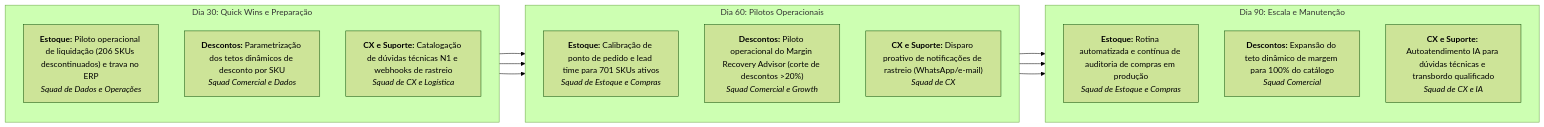
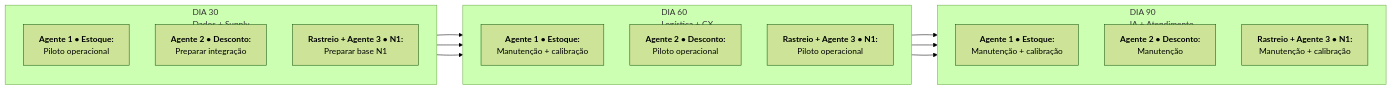
Before and after one commit to pedroaugusto04/EloGroup_Bootcamp: the second of 2 diagrams in docs/entregaveis/01_relatorio_diagnostico_estrategico.md, drawn with Mermaid (forest theme).

Commit message:
fix(docs): alinha texto do mermaid do roadmap estritamente ao conteudo visual de RoadMap.png

````diff
--- a/docs/entregaveis/01_relatorio_diagnostico_estrategico.md
+++ b/docs/entregaveis/01_relatorio_diagnostico_estrategico.md
@@ -89,27 +89,27 @@
 ```mermaid
 flowchart LR
-    subgraph D30["Dia 30: Quick Wins e Preparação"]
+    subgraph D30["DIA 30<br/>Dados + Supply"]
         direction TB
-        E1["<b>Estoque:</b> Piloto operacional de liquidação (206 SKUs descontinuados) e trava no ERP<br/><i>Squad de Dados e Operações</i>"]
-        D1["<b>Descontos:</b> Parametrização dos tetos dinâmicos de desconto por SKU<br/><i>Squad Comercial e Dados</i>"]
-        C1["<b>CX e Suporte:</b> Catalogação de dúvidas técnicas N1 e webhooks de rastreio<br/><i>Squad de CX e Logística</i>"]
+        A1_30["<b>Agente 1 • Estoque:</b><br/>Piloto operacional"]
+        A2_30["<b>Agente 2 • Desconto:</b><br/>Preparar integração"]
+        A3_30["<b>Rastreio + Agente 3 • N1:</b><br/>Preparar base N1"]
     end
 
-    subgraph D60["Dia 60: Pilotos Operacionais"]
+    subgraph D60["DIA 60<br/>Logística + CX"]
         direction TB
-        E2["<b>Estoque:</b> Calibração de ponto de pedido e lead time para 701 SKUs ativos<br/><i>Squad de Estoque e Compras</i>"]
-        D2["<b>Descontos:</b> Piloto operacional do Margin Recovery Advisor (corte de descontos >20%)<br/><i>Squad Comercial e Growth</i>"]
-        C2["<b>CX e Suporte:</b> Disparo proativo de notificações de rastreio (WhatsApp/e-mail)<br/><i>Squad de CX</i>"]
+        A1_60["<b>Agente 1 • Estoque:</b><br/>Manutenção + calibração"]
+        A2_60["<b>Agente 2 • Desconto:</b><br/>Piloto operacional"]
+        A3_60["<b>Rastreio + Agente 3 • N1:</b><br/>Piloto operacional"]
     end
 
-    subgraph D90["Dia 90: Escala e Manutenção"]
+    subgraph D90["DIA 90<br/>IA + Atendimento"]
         direction TB
-        E3["<b>Estoque:</b> Rotina automatizada e contínua de auditoria de compras em produção<br/><i>Squad de Estoque e Compras</i>"]
-        D3["<b>Descontos:</b> Expansão do teto dinâmico de margem para 100% do catálogo<br/><i>Squad Comercial</i>"]
-        C3["<b>CX e Suporte:</b> Autoatendimento IA para dúvidas técnicas e transbordo qualificado<br/><i>Squad de CX e IA</i>"]
+        A1_90["<b>Agente 1 • Estoque:</b><br/>Manutenção + calibração"]
+        A2_90["<b>Agente 2 • Desconto:</b><br/>Manutenção"]
+        A3_90["<b>Rastreio + Agente 3 • N1:</b><br/>Manutenção + calibração"]
     end
 
-    E1 --> E2 --> E3
-    D1 --> D2 --> D3
-    C1 --> C2 --> C3
+    A1_30 --> A1_60 --> A1_90
+    A2_30 --> A2_60 --> A2_90
+    A3_30 --> A3_60 --> A3_90
 ```
````
